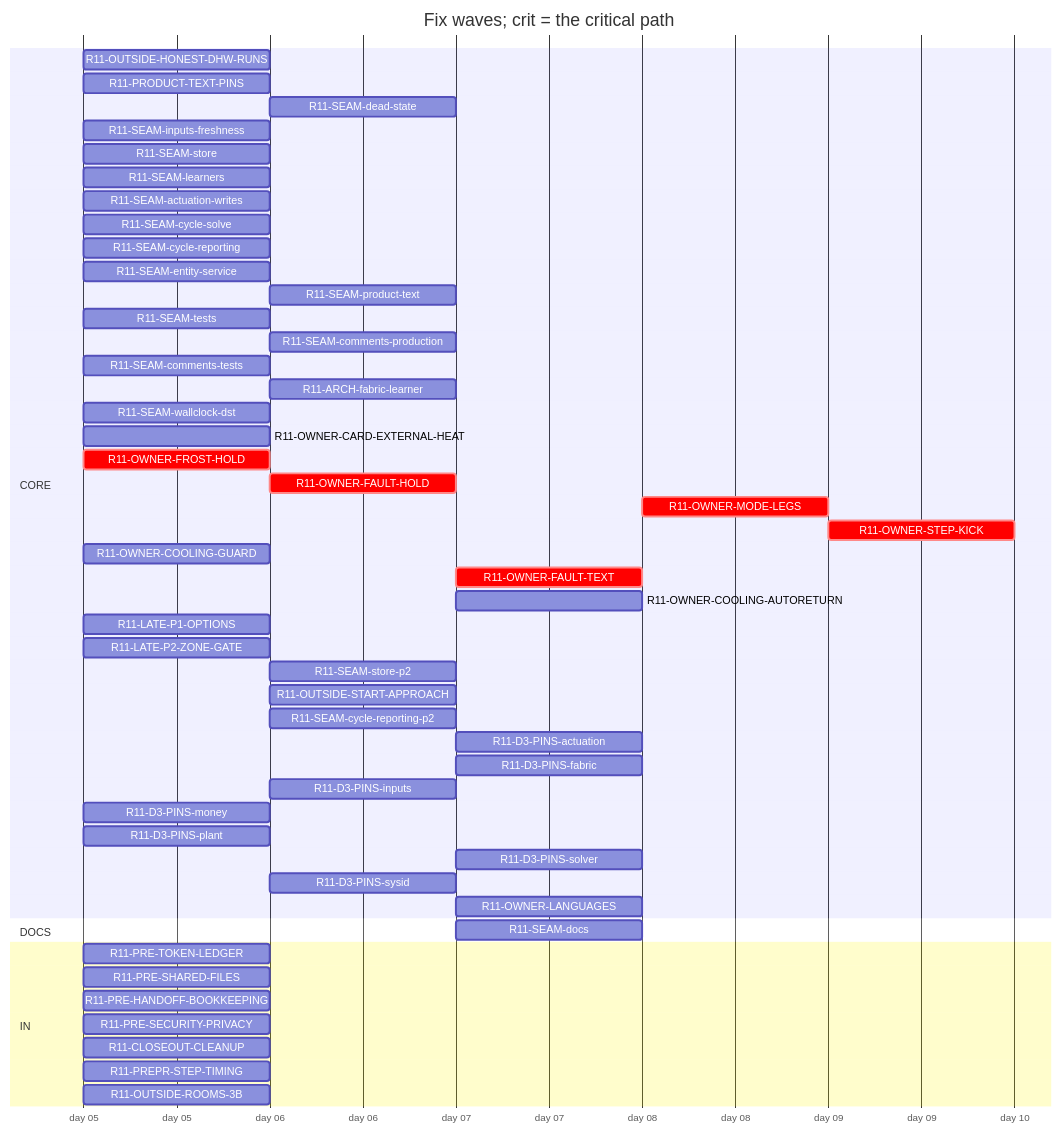
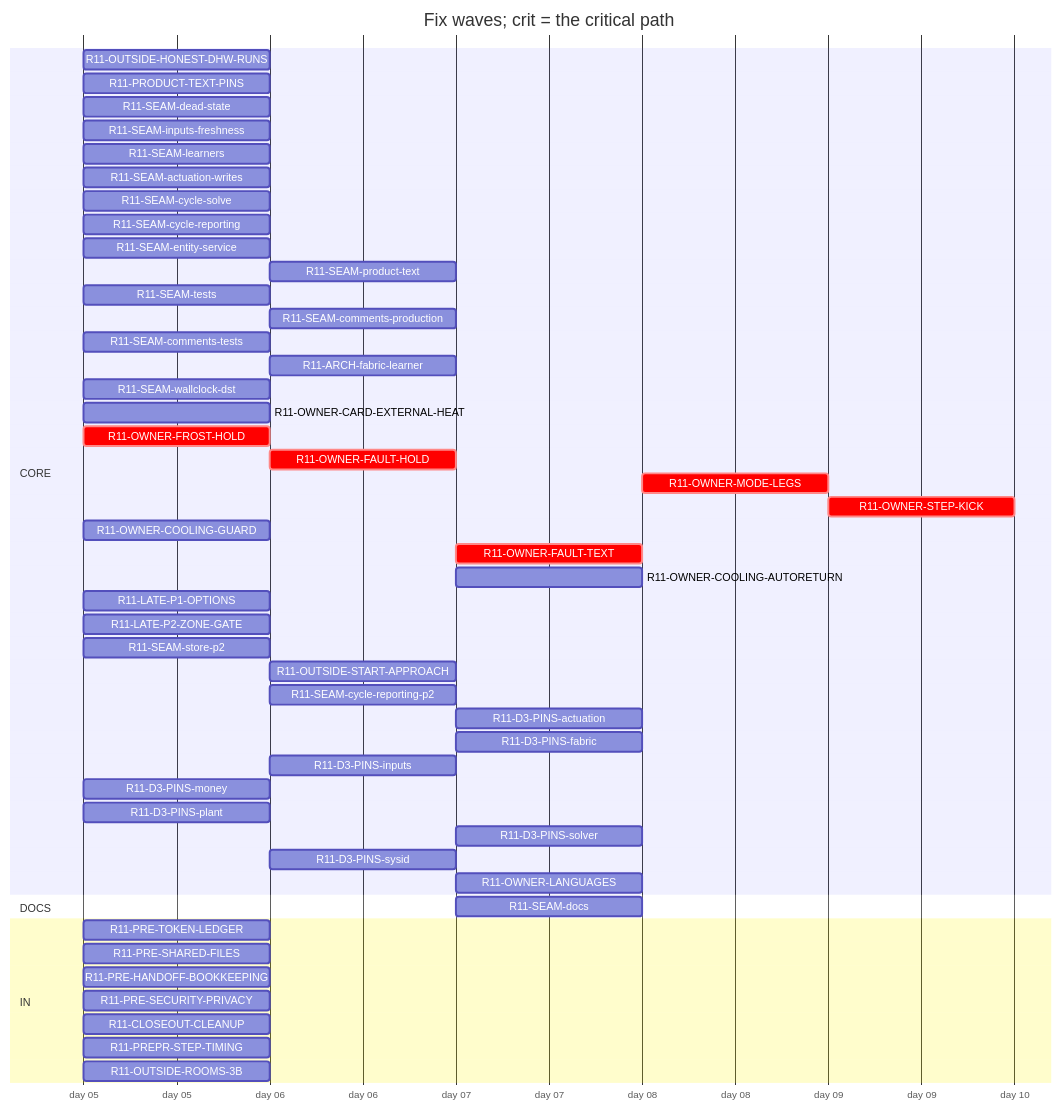
One commit to tvofi/heatpump_optimizer changed the diagram in handoff/round11/state/PLAN-TABLE.md. Above: the diagram before and after it, drawn with Mermaid. The commit also changed other lines of this file and 4 other files, not shown here.

Commit message:
state: FLOW-BOARD.md, NEXT-SESSION-PROMPT.md, PLAN-TABLE.md, PLAN.html, RESUME-CURRENT.md regenerated (state_docs.py)

````diff
--- a/handoff/round11/state/PLAN-TABLE.md
+++ b/handoff/round11/state/PLAN-TABLE.md
@@ -16,54 +16,53 @@
 ```mermaid
 gantt
   title Fix waves; crit = the critical path
   dateFormat YYYY-MM-DD
   axisFormat day %d
   section CORE
     R11-OUTSIDE-HONEST-DHW-RUNS :r11OUTSIDEHONESTDHWRUNS, 2026-01-05, 1d
     R11-PRODUCT-TEXT-PINS :r11PRODUCTTEXTPINS, 2026-01-05, 1d
-    R11-SEAM-dead-state :r11SEAMdeadstate, after r11SEAMstore, 1d
+    R11-SEAM-dead-state :r11SEAMdeadstate, 2026-01-05, 1d
     R11-SEAM-inputs-freshness :r11SEAMinputsfreshness, 2026-01-05, 1d
-    R11-SEAM-store :r11SEAMstore, 2026-01-05, 1d
     R11-SEAM-learners :r11SEAMlearners, 2026-01-05, 1d
     R11-SEAM-actuation-writes :r11SEAMactuationwrites, 2026-01-05, 1d
     R11-SEAM-cycle-solve :r11SEAMcyclesolve, 2026-01-05, 1d
     R11-SEAM-cycle-reporting :r11SEAMcyclereporting, 2026-01-05, 1d
     R11-SEAM-entity-service :r11SEAMentityservice, 2026-01-05, 1d
     R11-SEAM-product-text :r11SEAMproducttext, after r11SEAMactuationwrites r11SEAMentityservice r11SEAMinputsfreshness r11SEAMcyclesolve r11SEAMcyclereporting, 1d
     R11-SEAM-tests :r11SEAMtests, 2026-01-05, 1d
     R11-SEAM-comments-production :r11SEAMcommentsproduction, after r11SEAMactuationwrites r11SEAMentityservice r11SEAMinputsfreshness r11SEAMcyclesolve r11SEAMcyclereporting, 1d
     R11-SEAM-comments-tests :r11SEAMcommentstests, 2026-01-05, 1d
     R11-ARCH-fabric-learner :r11ARCHfabriclearner, after r11SEAMlearners, 1d
     R11-SEAM-wallclock-dst :r11SEAMwallclockdst, 2026-01-05, 1d
     R11-OWNER-CARD-EXTERNAL-HEAT :r11OWNERCARDEXTERNALHEAT, 2026-01-05, 1d
     R11-OWNER-FROST-HOLD :crit, r11OWNERFROSTHOLD, 2026-01-05, 1d
     R11-OWNER-FAULT-HOLD :crit, r11OWNERFAULTHOLD, after r11OWNERFROSTHOLD, 1d
     R11-OWNER-MODE-LEGS :crit, r11OWNERMODELEGS, after r11OWNERFAULTTEXT, 1d
     R11-OWNER-STEP-KICK :crit, r11OWNERSTEPKICK, after r11OWNERMODELEGS, 1d
     R11-OWNER-COOLING-GUARD :r11OWNERCOOLINGGUARD, 2026-01-05, 1d
     R11-OWNER-FAULT-TEXT :crit, r11OWNERFAULTTEXT, after r11OWNERFAULTHOLD, 1d
     R11-OWNER-COOLING-AUTORETURN :r11OWNERCOOLINGAUTORETURN, after r11OWNERCOOLINGGUARD r11OWNERFAULTHOLD, 1d
     R11-LATE-P1-OPTIONS :r11LATEP1OPTIONS, 2026-01-05, 1d
     R11-LATE-P2-ZONE-GATE :r11LATEP2ZONEGATE, 2026-01-05, 1d
-    R11-SEAM-store-p2 :r11SEAMstorep2, after r11SEAMstore, 1d
+    R11-SEAM-store-p2 :r11SEAMstorep2, 2026-01-05, 1d
     R11-OUTSIDE-START-APPROACH :r11OUTSIDESTARTAPPROACH, after r11OUTSIDEHONESTDHWRUNS r11SEAMlearners, 1d
     R11-SEAM-cycle-reporting-p2 :r11SEAMcyclereportingp2, after r11SEAMcyclereporting r11SEAMactuationwrites r11SEAMlearners, 1d
     R11-D3-PINS-actuation :r11D3PINSactuation, after r11SEAMactuationwrites r11OWNERFAULTHOLD, 1d
     R11-D3-PINS-fabric :r11D3PINSfabric, after r11ARCHfabriclearner r11SEAMcyclereporting r11OUTSIDESTARTAPPROACH, 1d
     R11-D3-PINS-inputs :r11D3PINSinputs, after r11SEAMinputsfreshness, 1d
     R11-D3-PINS-money :r11D3PINSmoney, 2026-01-05, 1d
     R11-D3-PINS-plant :r11D3PINSplant, 2026-01-05, 1d
     R11-D3-PINS-solver :r11D3PINSsolver, after r11OUTSIDESTARTAPPROACH r11SEAMcyclereporting, 1d
     R11-D3-PINS-sysid :r11D3PINSsysid, after r11SEAMlearners, 1d
     R11-OWNER-LANGUAGES :r11OWNERLANGUAGES, after r11SEAMproducttext, 1d
   section DOCS
     R11-SEAM-docs :r11SEAMdocs, after r11SEAMlearners r11SEAMactuationwrites r11SEAMentityservice r11SEAMinputsfreshness r11SEAMcyclesolve r11SEAMcyclereporting r11SEAMproducttext, 1d
   section IN
     R11-PRE-TOKEN-LEDGER :r11PRETOKENLEDGER, 2026-01-05, 1d
     R11-PRE-SHARED-FILES :r11PRESHAREDFILES, 2026-01-05, 1d
     R11-PRE-HANDOFF-BOOKKEEPING :r11PREHANDOFFBOOKKEEPING, 2026-01-05, 1d
     R11-PRE-SECURITY-PRIVACY :r11PRESECURITYPRIVACY, 2026-01-05, 1d
     R11-CLOSEOUT-CLEANUP :r11CLOSEOUTCLEANUP, 2026-01-05, 1d
     R11-PREPR-STEP-TIMING :r11PREPRSTEPTIMING, 2026-01-05, 1d
     R11-OUTSIDE-ROOMS-3B :r11OUTSIDEROOMS3B, 2026-01-05, 1d
 ```
````
